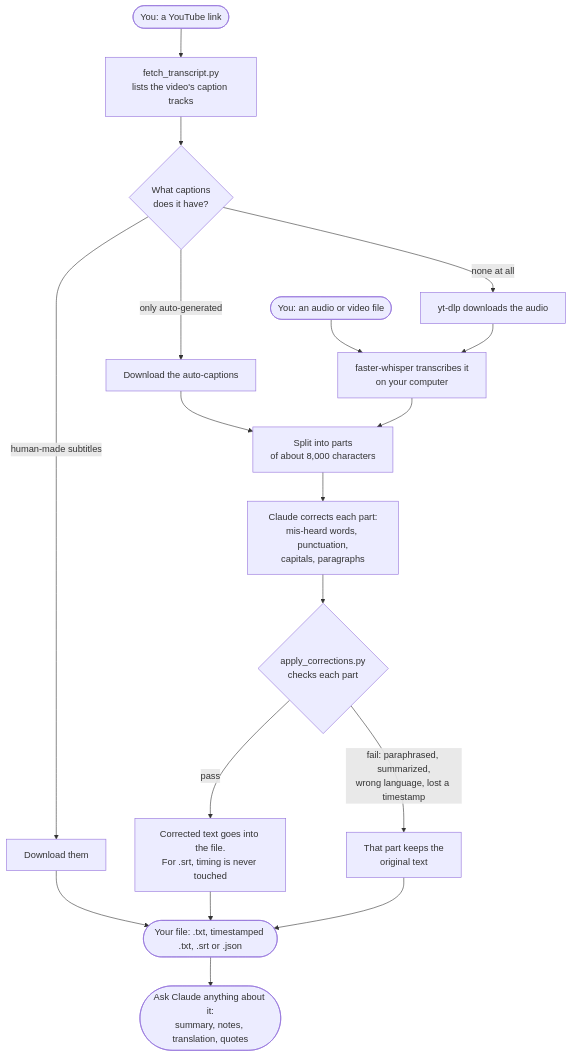
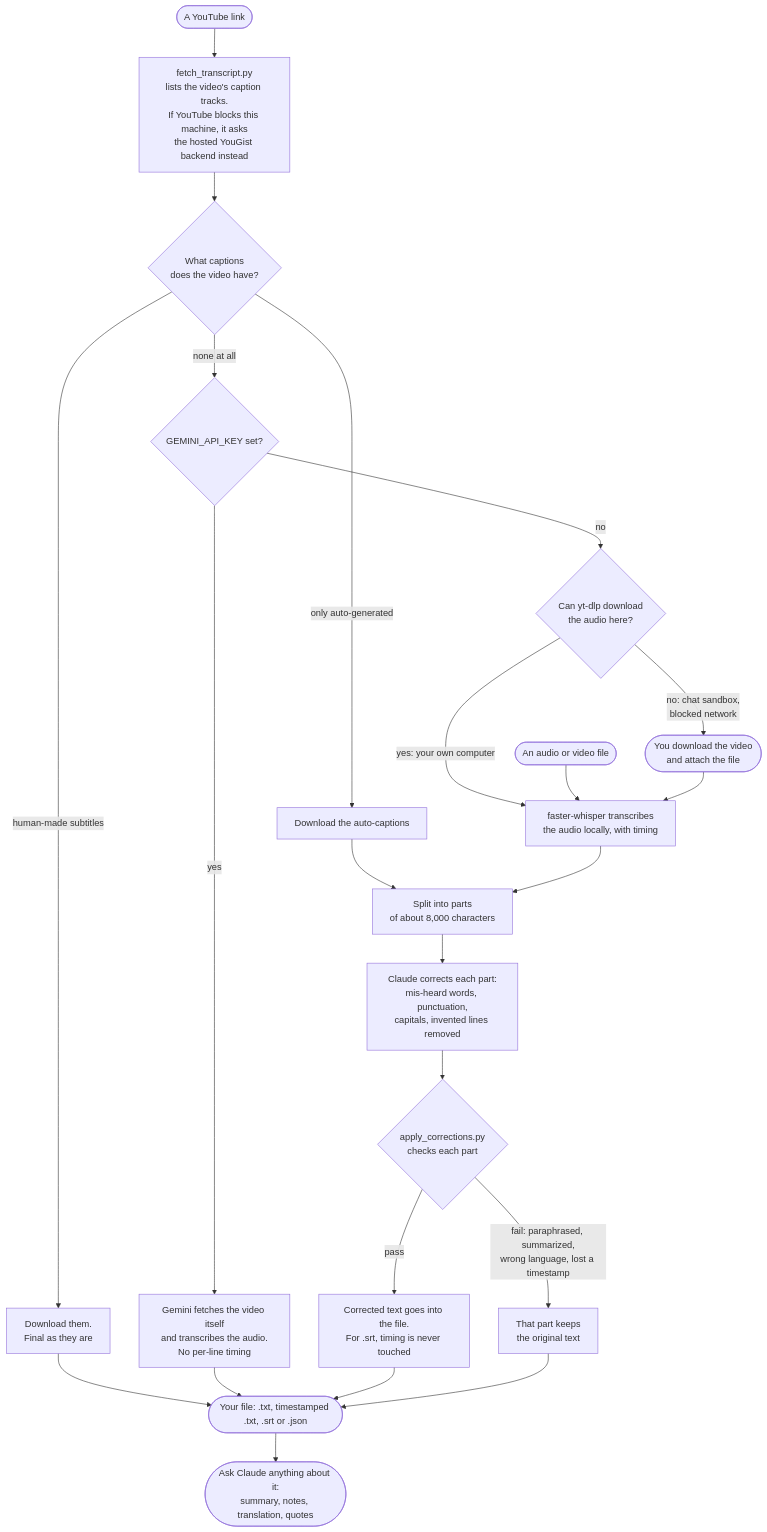
One commit to enderphan94/youtube-skills changed the diagram in README.md. Above: the diagram before and after it, drawn with Mermaid. The commit also changed other lines of this file and 5 other files, not shown here.

First line of the commit message:
Update the design diagram and descriptions for audio transcription

````diff
--- a/README.md
+++ b/README.md
@@ -90,23 +91,29 @@
 ```mermaid
 flowchart TD
-    U([You: a YouTube link]) --> F[fetch_transcript.py<br/>lists the video's caption tracks]
-    F --> Q{What captions<br/>does it have?}
+    U([A YouTube link]) --> F[fetch_transcript.py<br/>lists the video's caption tracks.<br/>If YouTube blocks this machine, it asks<br/>the hosted YouGist backend instead]
+    F --> Q{What captions<br/>does the video have?}
 
-    Q -- "human-made subtitles" --> H[Download them]
+    Q -- "human-made subtitles" --> H[Download them.<br/>Final as they are]
     Q -- "only auto-generated" --> A[Download the auto-captions]
-    Q -- "none at all" --> D[yt-dlp downloads the audio]
-    L([You: an audio or video file]) --> W
-    D --> W[faster-whisper transcribes it<br/>on your computer]
+    Q -- "none at all" --> G{GEMINI_API_KEY set?}
+
+    G -- "yes" --> GM[Gemini fetches the video itself<br/>and transcribes the audio.<br/>No per-line timing]
+    G -- "no" --> D{Can yt-dlp download<br/>the audio here?}
+    D -- "yes: your own computer" --> W[faster-whisper transcribes<br/>the audio locally, with timing]
+    D -- "no: chat sandbox,<br/>blocked network" --> X([You download the video<br/>and attach the file])
+    L([An audio or video file]) --> W
+    X --> W
 
     A --> P[Split into parts<br/>of about 8,000 characters]
     W --> P
-    P --> C[Claude corrects each part:<br/>mis-heard words, punctuation,<br/>capitals, paragraphs]
+    P --> C[Claude corrects each part:<br/>mis-heard words, punctuation,<br/>capitals, invented lines removed]
     C --> V{apply_corrections.py<br/>checks each part}
     V -- "pass" --> M[Corrected text goes into the file.<br/>For .srt, timing is never touched]
-    V -- "fail: paraphrased, summarized,<br/>wrong language, lost a timestamp" --> K[That part keeps the<br/>original text]
+    V -- "fail: paraphrased, summarized,<br/>wrong language, lost a timestamp" --> K[That part keeps<br/>the original text]
 
     H --> O([Your file: .txt, timestamped .txt, .srt or .json])
+    GM --> O
     M --> O
     K --> O
     O --> N([Ask Claude anything about it:<br/>summary, notes, translation, quotes])
 ```
````
